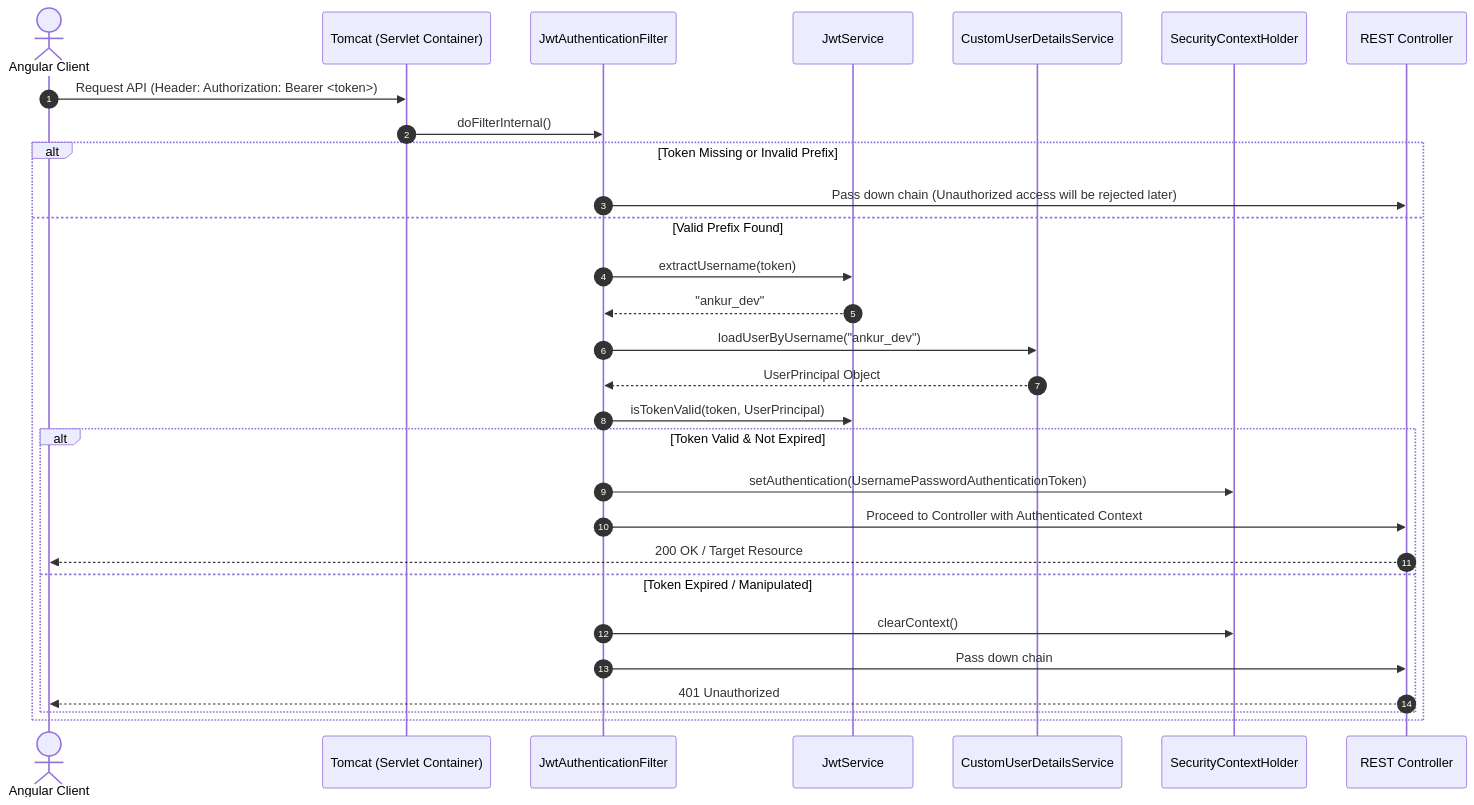
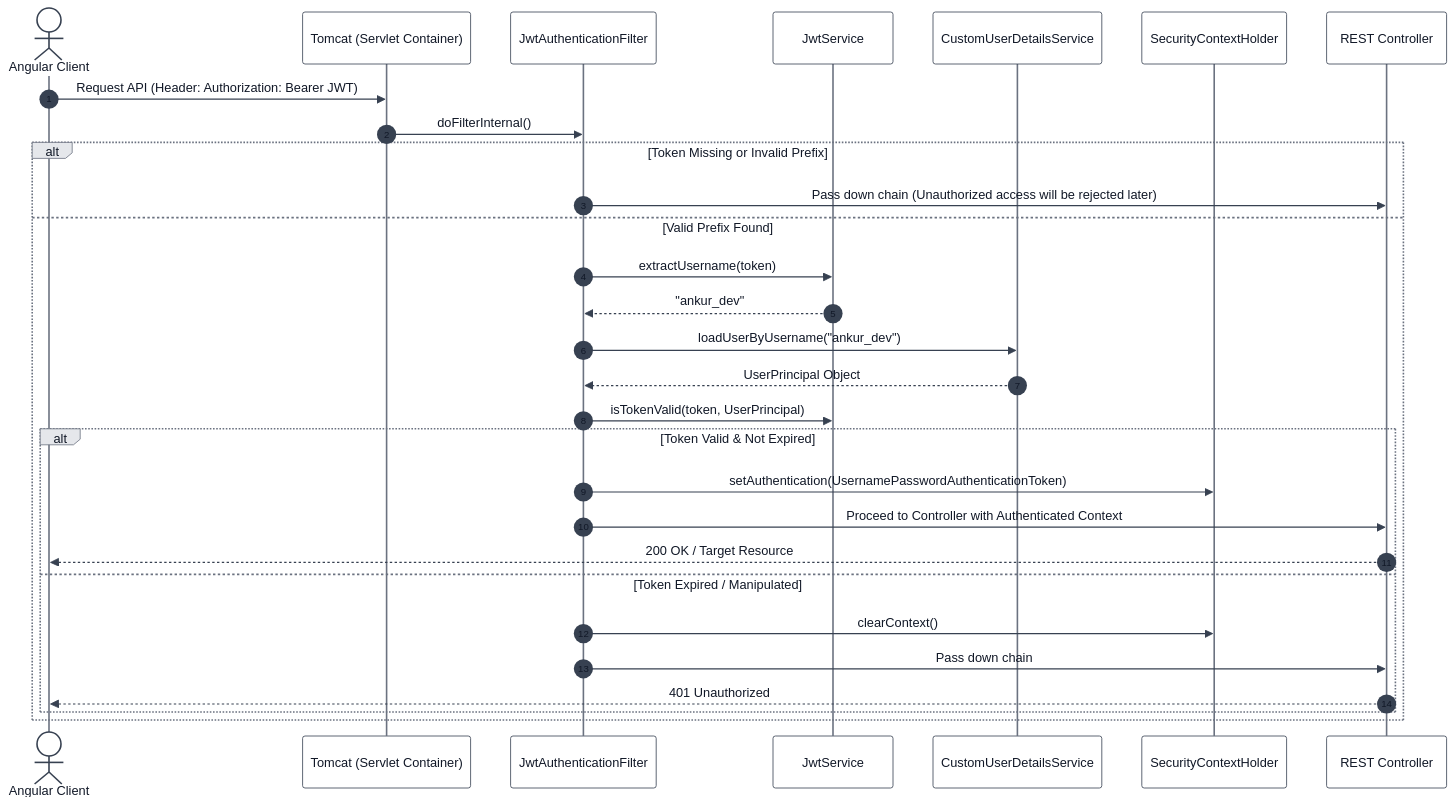
One commit to beingankur0073/Money-Manager changed the third of 7 diagrams in README.md. Above: the diagram before and after it, drawn with Mermaid. The commit also changed other lines of this file and 35 other files, not shown here.

````diff
--- a/README.md
+++ b/README.md
@@ -1255,34 +1257,35 @@
 ```mermaid
+%%{init: {"theme": "base", "themeVariables": {"textColor": "#111827", "actorBkg": "#ffffff", "actorBorder": "#374151", "actorTextColor": "#111827", "actorLineColor": "#6b7280", "signalColor": "#374151", "signalTextColor": "#111827", "labelBoxBkgColor": "#e5e7eb", "labelBoxBorderColor": "#6b7280", "labelTextColor": "#111827", "loopTextColor": "#111827", "noteBkgColor": "#fef3c7", "noteBorderColor": "#92400e", "noteTextColor": "#111827", "activationBkgColor": "#dbeafe", "activationBorderColor": "#1d4ed8", "sequenceNumberColor": "#111827"}}}%%
 sequenceDiagram
     autonumber
     actor SPA as Angular Client
     participant HTTP as Tomcat (Servlet Container)
     participant Filter as JwtAuthenticationFilter
     participant JWT as JwtService
     participant DS as CustomUserDetailsService
     participant Context as SecurityContextHolder
     participant Ctrl as REST Controller
 
-    SPA->>HTTP: Request API (Header: Authorization: Bearer <token>)
+    SPA->>HTTP: Request API (Header: Authorization: Bearer JWT)
     HTTP->>Filter: doFilterInternal()
     
     alt Token Missing or Invalid Prefix
         Filter->>Ctrl: Pass down chain (Unauthorized access will be rejected later)
     else Valid Prefix Found
         Filter->>JWT: extractUsername(token)
         JWT-->>Filter: "ankur_dev"
         Filter->>DS: loadUserByUsername("ankur_dev")
         DS-->>Filter: UserPrincipal Object
         Filter->>JWT: isTokenValid(token, UserPrincipal)
         
         alt Token Valid & Not Expired
             Filter->>Context: setAuthentication(UsernamePasswordAuthenticationToken)
             Filter->>Ctrl: Proceed to Controller with Authenticated Context
             Ctrl-->>SPA: 200 OK / Target Resource
         else Token Expired / Manipulated
             Filter->>Context: clearContext()
             Filter->>Ctrl: Pass down chain
             Ctrl-->>SPA: 401 Unauthorized
         end
     end
 ```
````
